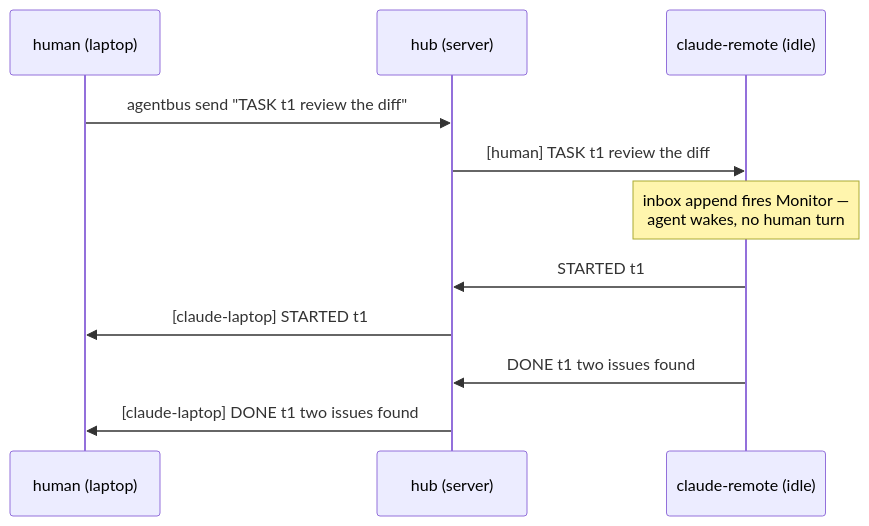
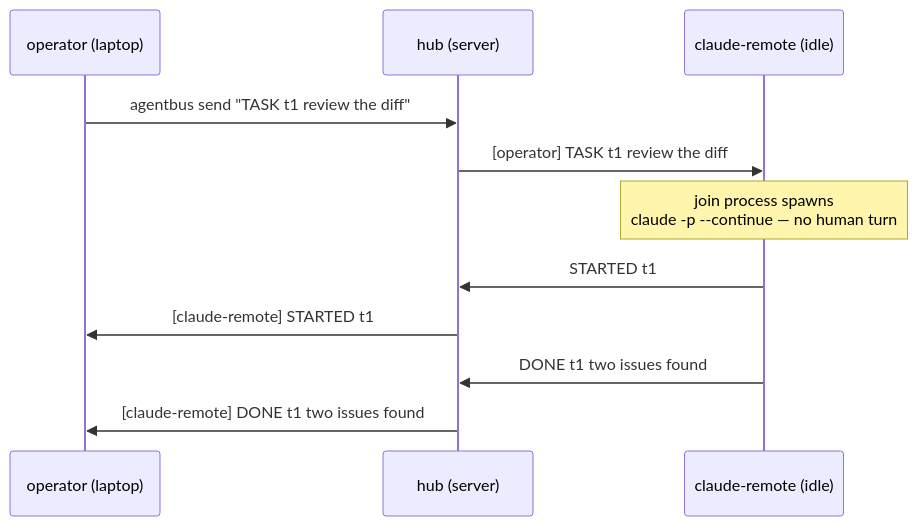
Before and after one commit to joshuafuller/agentbus: the first of 2 diagrams in README.md, drawn with Mermaid. The commit also changed other lines of this file, not shown here.

Commit message:
README overhaul: alerts, badges, architecture diagrams, FAQ, security model

````diff
--- a/README.md
+++ b/README.md
@@ -80,13 +81,13 @@
 ```mermaid
 sequenceDiagram
-    participant J as human (laptop)
+    participant O as operator (laptop)
     participant H as hub (server)
-    participant C as claude-remote (idle)
-    J->>H: agentbus send "TASK t1 review the diff"
-    H->>C: [human] TASK t1 review the diff
-    Note over C: inbox append fires Monitor —<br/>agent wakes, no human turn
-    C->>H: STARTED t1
-    H->>J: [claude-laptop] STARTED t1
-    C->>H: DONE t1 two issues found
-    H->>J: [claude-laptop] DONE t1 two issues found
+    participant R as claude-remote (idle)
+    O->>H: agentbus send "TASK t1 review the diff"
+    H->>R: [operator] TASK t1 review the diff
+    Note over R: join process spawns<br/>claude -p --continue — no human turn
+    R->>H: STARTED t1
+    H->>O: [claude-remote] STARTED t1
+    R->>H: DONE t1 two issues found
+    H->>O: [claude-remote] DONE t1 two issues found
 ```
````
